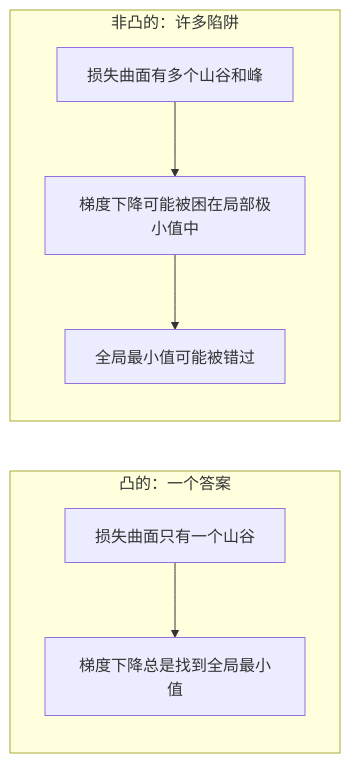
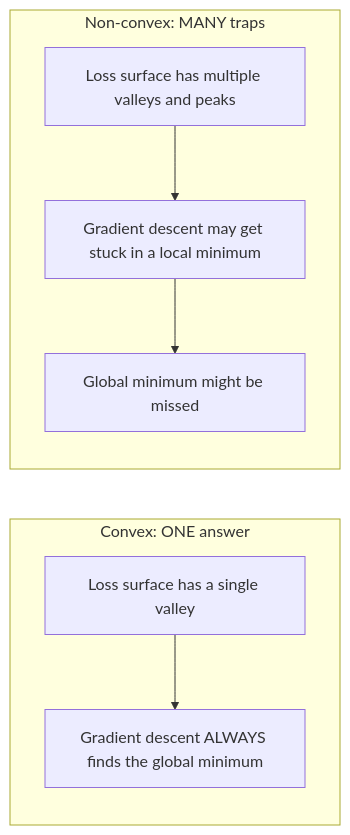
The first of 4 diagrams in i18n/zh/phases/01-math-foundations/18-convex-optimization/docs/zh.md (xiaojiaenen/ai-engineering-from-scratch-zh), drawn with Mermaid before and after one commit. The commit also changed other lines of this file and 22 other files, not shown here.

````diff
--- a/i18n/zh/phases/01-math-foundations/18-convex-optimization/docs/zh.md
+++ b/i18n/zh/phases/01-math-foundations/18-convex-optimization/docs/zh.md
@@ -96,12 +96,12 @@
 ```mermaid
 graph LR
-    subgraph "凸的：一个答案"
+    subgraph "Convex: ONE answer"
         direction TB
-        C1["损失曲面只有一个山谷"] --> C2["梯度下降总是找到全局最小值"]
+        C1["Loss surface has a single valley"] --> C2["Gradient descent ALWAYS finds the global minimum"]
     end
-    subgraph "非凸的：许多陷阱"
+    subgraph "Non-convex: MANY traps"
         direction TB
-        N1["损失曲面有多个山谷和峰"] --> N2["梯度下降可能被困在局部极小值中"]
-        N2 --> N3["全局最小值可能被错过"]
+        N1["Loss surface has multiple valleys and peaks"] --> N2["Gradient descent may get stuck in a local minimum"]
+        N2 --> N3["Global minimum might be missed"]
     end
 ```
````
